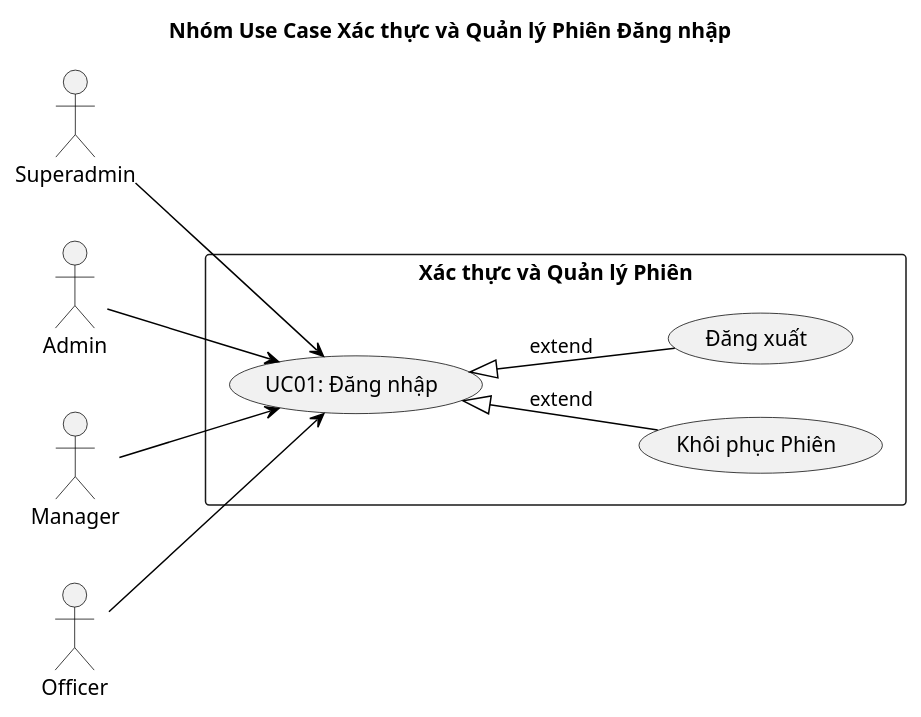
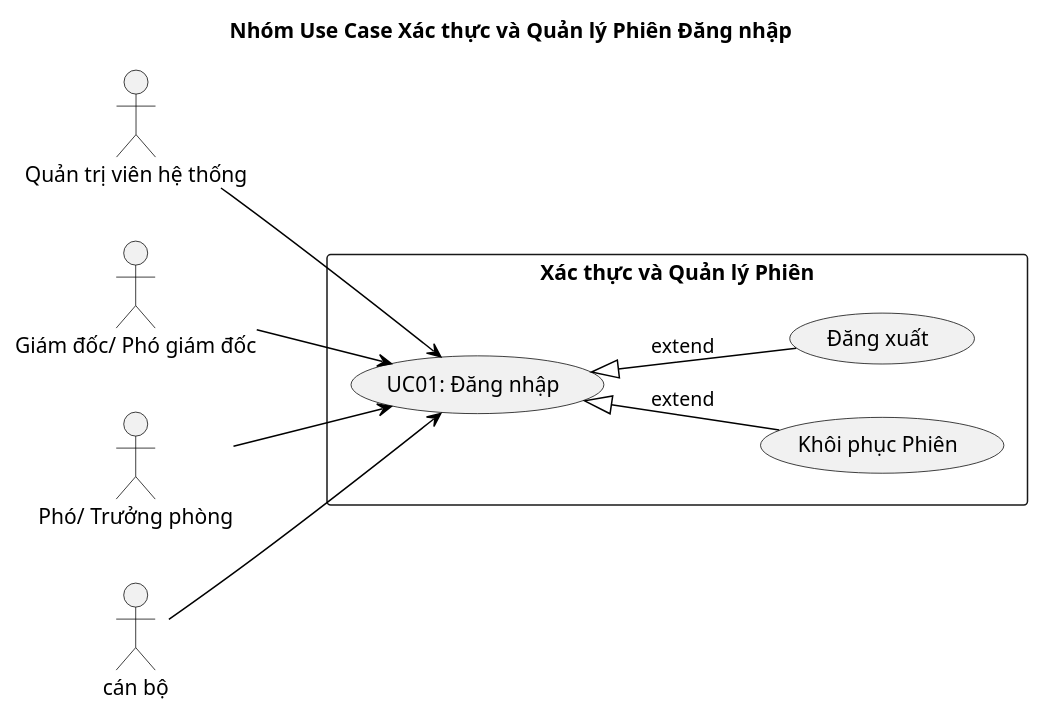
The second of 8 diagrams in report/usecase.puml (BQBao-Hedspi4K67/webxeplich), drawn with PlantUML before and after one commit. The commit also changed other lines of this file and 10 other files, not shown here.

```diff
--- a/report/usecase.puml
+++ b/report/usecase.puml
@@ -85,31 +89,32 @@
 @startuml usecase_auth
 title Nhóm Use Case Xác thực và Quản lý Phiên Đăng nhập
 
 skinparam backgroundColor white
 skinparam usecaseBorderColor black
 skinparam actorBorderColor black
 skinparam ArrowColor black
 skinparam defaultTextAlignment center
 skinparam fontSize 11
 
 left to right direction
 
-actor "Superadmin" as superadmin
-actor "Admin" as admin
-actor "Manager" as manager
-actor "Officer" as officer
+actor "Quản trị viên hệ thống" as superadmin
+actor "Giám đốc/ Phó giám đốc" as admin
+actor "Phó/ Trưởng phòng" as manager
+actor "cán bộ" as officer
 
 rectangle "Xác thực và Quản lý Phiên" {
     usecase "UC01: Đăng nhập" as UC01
     usecase "Khôi phục Phiên" as UC01_restore
     usecase "Đăng xuất" as UC01_logout
 }
+
 
 superadmin --> UC01
 admin --> UC01
 manager --> UC01
 officer --> UC01
 
 UC01 <|-- UC01_restore : extend
 UC01 <|-- UC01_logout : extend
 @enduml
```
